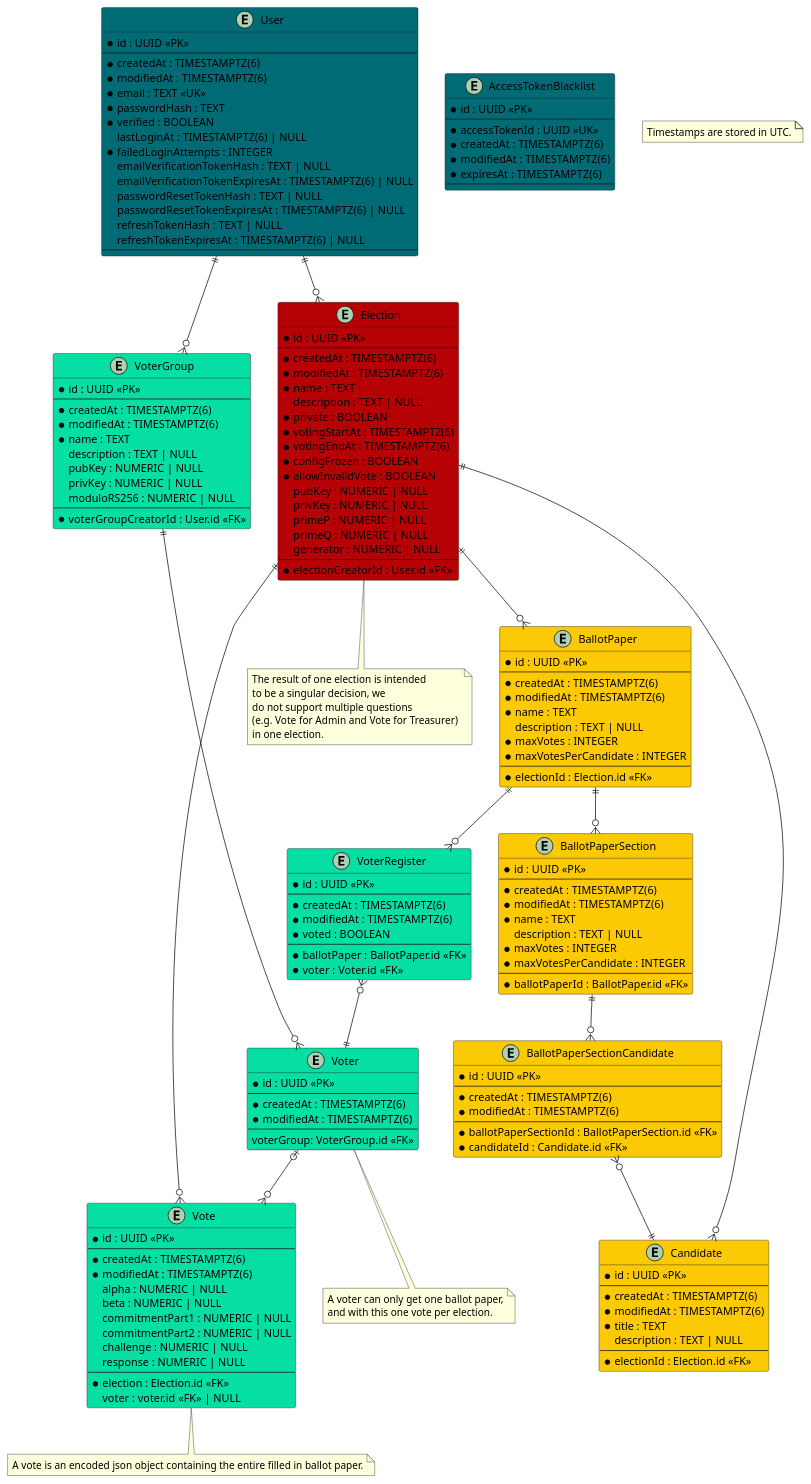
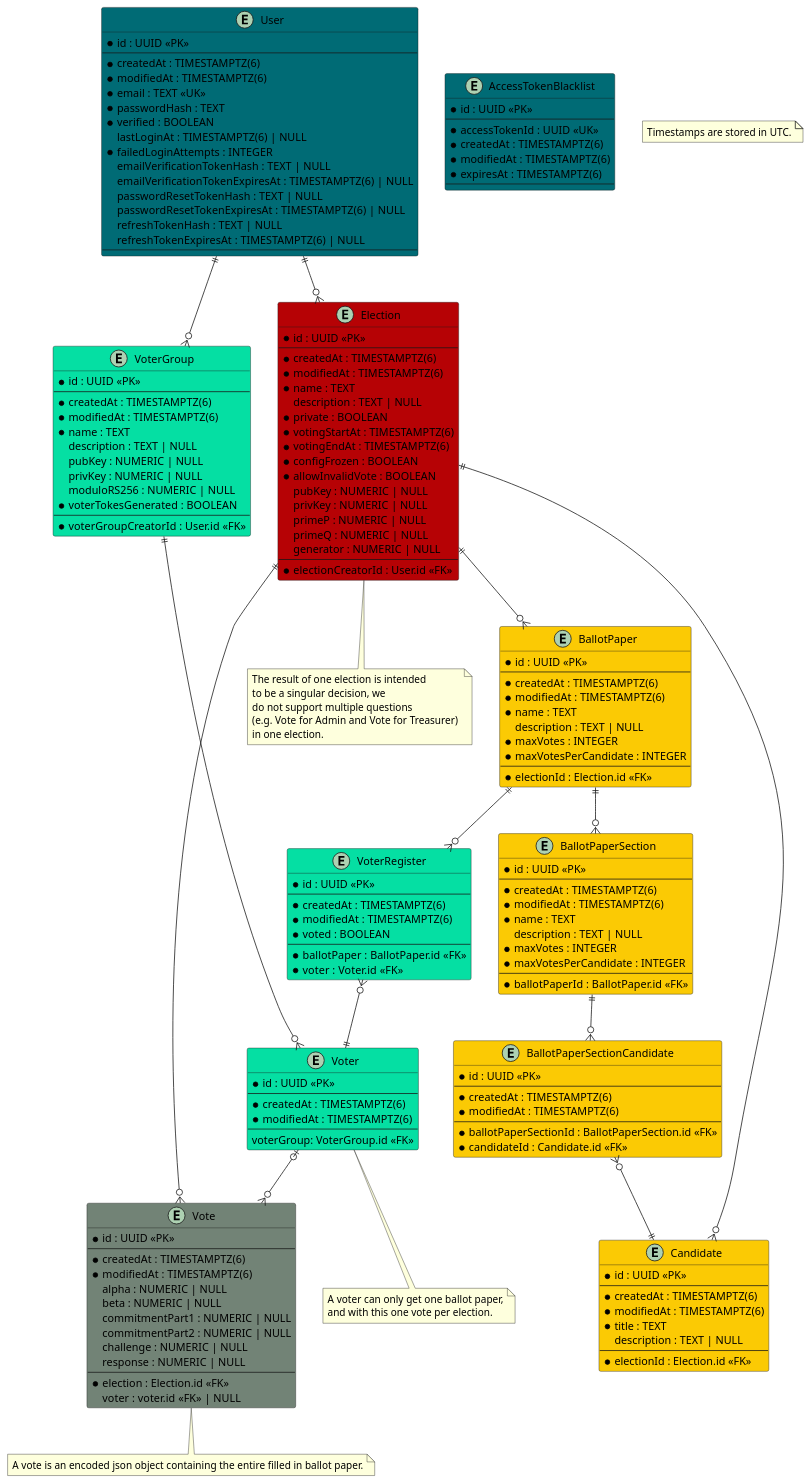
The diagram in apps/docs/static/uml/dataModel.puml (SE-UUlm/votura), drawn with PlantUML before and after one commit.

Commit message:
#119: Remove unnecessary note from BallotPaperSection and add voterTokesGenerated field to VoterGroup entity

```diff
--- a/apps/docs/static/uml/dataModel.puml
+++ b/apps/docs/static/uml/dataModel.puml
@@ -1,200 +1,197 @@
 @startuml dataModel
 
 entity "User" as user #006b75 {
     * id : UUID <<PK>>
     --
     * createdAt : TIMESTAMPTZ(6)
     * modifiedAt : TIMESTAMPTZ(6)
     * email : TEXT <<UK>>
     * passwordHash : TEXT
     * verified : BOOLEAN
     lastLoginAt : TIMESTAMPTZ(6) | NULL
     ' failed login attempts get reset on successful login
     * failedLoginAttempts : INTEGER
     emailVerificationTokenHash : TEXT | NULL
     emailVerificationTokenExpiresAt : TIMESTAMPTZ(6) | NULL
     passwordResetTokenHash : TEXT | NULL
     passwordResetTokenExpiresAt : TIMESTAMPTZ(6) | NULL
     refreshTokenHash : TEXT | NULL
     refreshTokenExpiresAt : TIMESTAMPTZ(6) | NULL
     --
 }
 
 entity "AccessTokenBlacklist" as jwtBlacklist #006b75 {
     ' this table is used to store blacklisted access tokens
     ' The jti is 36 characters long if we use UUIDv4
     * id : UUID <<PK>>
     --
     * accessTokenId : UUID <<UK>>
     * createdAt : TIMESTAMPTZ(6)
     * modifiedAt : TIMESTAMPTZ(6)
     * expiresAt : TIMESTAMPTZ(6)
     --
 }
 
 entity "Election" as elections #b60205 {
     * id : UUID <<PK>>
     --
     * createdAt : TIMESTAMPTZ(6)
     * modifiedAt : TIMESTAMPTZ(6)
     * name : TEXT
     description : TEXT | NULL
     * private : BOOLEAN
     * votingStartAt : TIMESTAMPTZ(6)
     * votingEndAt : TIMESTAMPTZ(6)
     * configFrozen : BOOLEAN
     * allowInvalidVote : BOOLEAN
     ' Is there a use case for `votesCounted`?
     ' * votesCounted : BOOLEAN
     ' Computed values such as validVotes and invalidVotes are critical - do we really want to store them?
     ' validVotes : NUMERIC | NULL
     ' invalidVotes : NUMERIC | NULL
     pubKey : NUMERIC | NULL
     privKey : NUMERIC | NULL
     primeP : NUMERIC | NULL
     primeQ : NUMERIC | NULL
     generator : NUMERIC | NULL
     --
     * electionCreatorId : User.id <<FK>>
 }
 
 note as N2
 The result of one election is intended 
 to be a singular decision, we 
 do not support multiple questions 
 (e.g. Vote for Admin and Vote for Treasurer) 
 in one election.
 end note
 
 entity "BallotPaper" as ballotPapers #fbca04 {
     * id : UUID <<PK>>
     --
     * createdAt : TIMESTAMPTZ(6)
     * modifiedAt : TIMESTAMPTZ(6)
     * name : TEXT
     description : TEXT | NULL
     * maxVotes : INTEGER
     * maxVotesPerCandidate : INTEGER
     --
     * electionId : Election.id <<FK>>
 }
 
 entity "BallotPaperSection" as ballotPaperSections #fbca04 {
     * id : UUID <<PK>>
     --
     * createdAt : TIMESTAMPTZ(6)
     * modifiedAt : TIMESTAMPTZ(6)
     * name : TEXT
     description : TEXT | NULL
     * maxVotes : INTEGER
     * maxVotesPerCandidate : INTEGER
     --
     * ballotPaperId : BallotPaper.id <<FK>>
 }
-' note as C_2
-' If at least two ballotPaperSections are created for one ballotPaper, 
-' the name field of the ballotPaperSections is mandatory.
-' end note
 
 entity "BallotPaperSectionCandidate" as ballotPaperSectionCandidates #fbca04 {
     * id : UUID <<PK>>
     --
     * createdAt : TIMESTAMPTZ(6)
     * modifiedAt : TIMESTAMPTZ(6)
     --
     * ballotPaperSectionId : BallotPaperSection.id <<FK>>
     * candidateId : Candidate.id <<FK>>
 }
 
 entity "Candidate" as candidates #fbca04 {
     * id : UUID <<PK>>
     --
     * createdAt : TIMESTAMPTZ(6)
     * modifiedAt : TIMESTAMPTZ(6)
     * title : TEXT
     description : TEXT | NULL
     --
     * electionId : Election.id <<FK>>
 }
 
-entity "Vote" as votes #05DFA3 {
+entity "Vote" as votes #728376 {
     * id : UUID <<PK>>
     --
     * createdAt : TIMESTAMPTZ(6)
     * modifiedAt : TIMESTAMPTZ(6)
     alpha : NUMERIC | NULL
     beta : NUMERIC | NULL
     commitmentPart1 : NUMERIC | NULL
     commitmentPart2 : NUMERIC | NULL
     challenge : NUMERIC | NULL
     response : NUMERIC | NULL
     --
     * election : Election.id <<FK>>
     ' if the vote isn't secret, voter can be saved
     voter : voter.id <<FK>> | NULL
 }
 note as N4
 A vote is an encoded json object containing the entire filled in ballot paper.
 end note
 
 entity "VoterRegister" as voterRegisters #05DFA3 {
     * id : UUID <<PK>>
     --
     * createdAt : TIMESTAMPTZ(6)
     * modifiedAt : TIMESTAMPTZ(6)
     * voted : BOOLEAN
     --
     * ballotPaper : BallotPaper.id <<FK>>
     * voter : Voter.id <<FK>>
 }
 
 entity "Voter" as voters #05DFA3 {
     * id : UUID <<PK>>
     --
     * createdAt : TIMESTAMPTZ(6)
     * modifiedAt : TIMESTAMPTZ(6)
     --
     voterGroup: VoterGroup.id <<FK>>
 }
 note as N3
 A voter can only get one ballot paper,
 and with this one vote per election.
 end note
 
 entity "VoterGroup" as voterGroups #05DFA3 {
     * id : UUID <<PK>>
     --
     * createdAt : TIMESTAMPTZ(6)
     * modifiedAt : TIMESTAMPTZ(6)
     * name : TEXT
     description : TEXT | NULL
     pubKey : NUMERIC | NULL
     privKey : NUMERIC | NULL
     moduloRS256 : NUMERIC | NULL
+    * voterTokesGenerated : BOOLEAN
     --
     * voterGroupCreatorId : User.id <<FK>>
 }
 
 note as N1
 Timestamps are stored in UTC.
 end note
 
 user ||--o{ elections
 user ||--o{ voterGroups
 elections ||--o{ ballotPapers
 elections -- N2
 elections ||--o{ candidates
 ballotPapers ||--o{ voterRegisters
 voterRegisters }o--|| voters
 ballotPapers ||--o{ ballotPaperSections
 ' ballotPaperSections -- C_2
 ballotPaperSections ||--o{ ballotPaperSectionCandidates
 ballotPaperSectionCandidates }o--|| candidates
 votes }o--|| elections
 voters |o--o{ votes
 voterGroups ||--o{ voters
 voters -- N3
 votes -- N4
 
 
 @enduml
```
